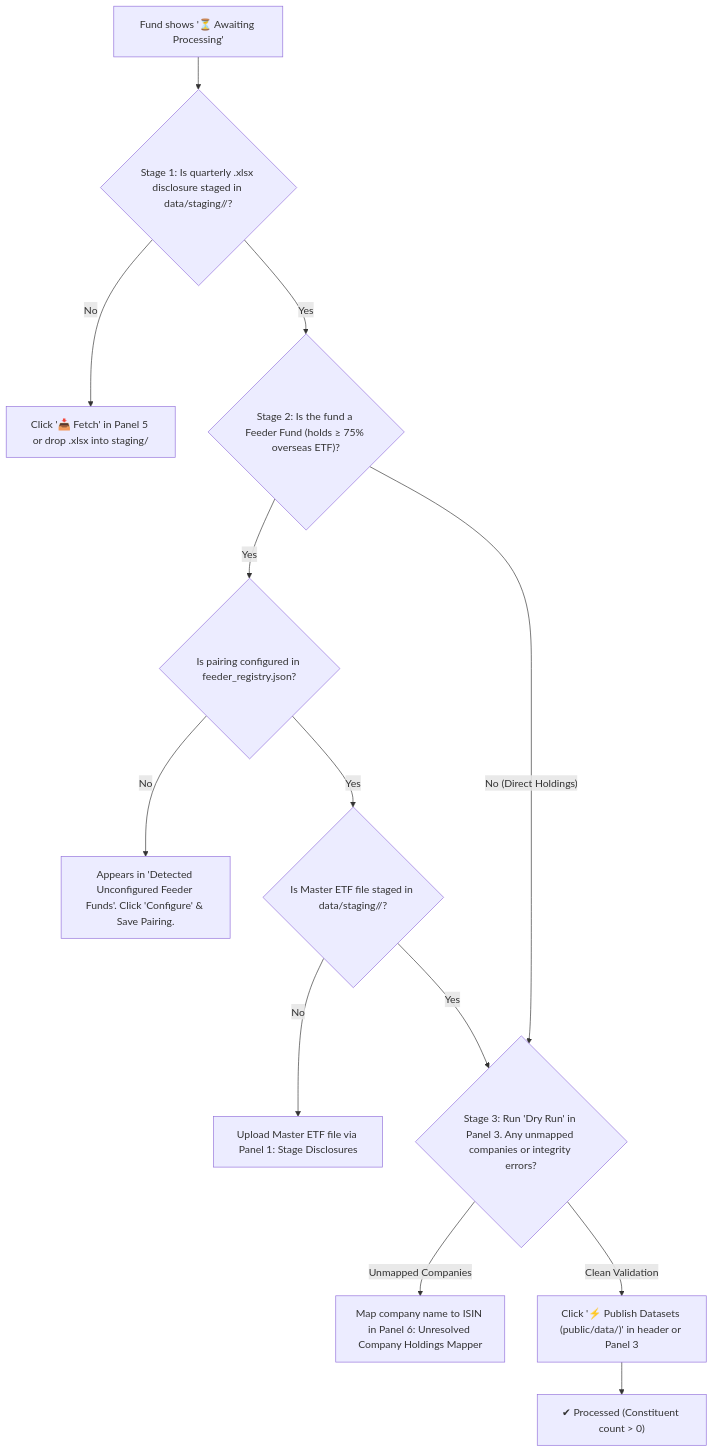
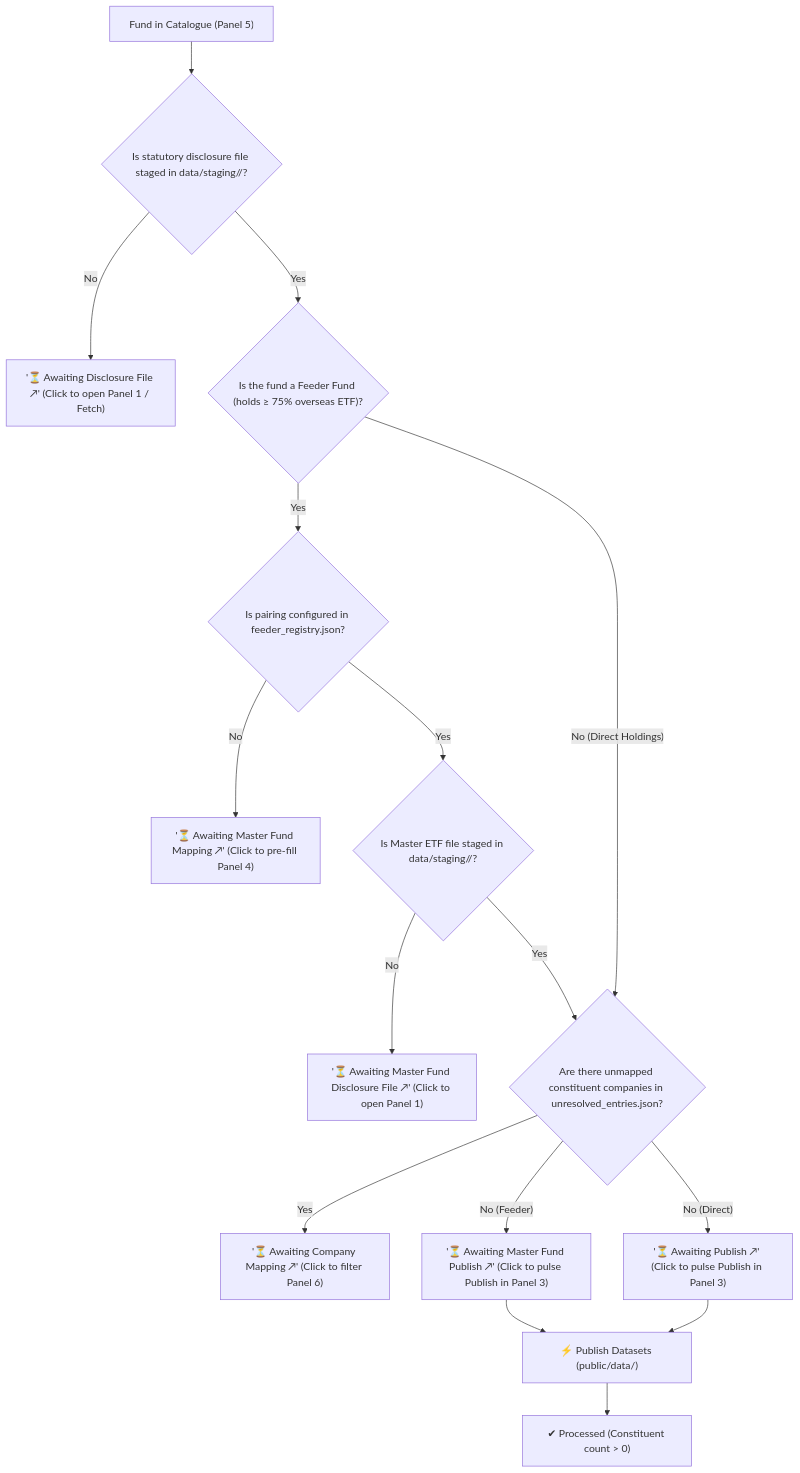
Before and after one commit to SusanJaneNZ/kiwi-portfolio-xray: the first of 2 diagrams in docs/ADMIN_GUIDE.md, drawn with Mermaid. The commit also changed other lines of this file and 3 other files, not shown here.

````diff
--- a/docs/ADMIN_GUIDE.md
+++ b/docs/ADMIN_GUIDE.md
@@ -143,15 +150,17 @@
 ```mermaid
 flowchart TD
-    Start["Fund shows '⏳ Awaiting Processing'"] --> Check1{"Stage 1: Is quarterly .xlsx disclosure staged in data/staging/<manager>/?"}
-    Check1 -- "No" --> Action1["Click '📥 Fetch' in Panel 5 or drop .xlsx into staging/"]
-    Check1 -- "Yes" --> Check2{"Stage 2: Is the fund a Feeder Fund (holds ≥ 75% overseas ETF)?"}
-    Check2 -- "Yes" --> CheckPair{"Is pairing configured in feeder_registry.json?"}
-    CheckPair -- "No" --> ActionPair["Appears in 'Detected Unconfigured Feeder Funds'. Click 'Configure' & Save Pairing."]
-    CheckPair -- "Yes" --> CheckMaster{"Is Master ETF file staged in data/staging/<master_provider>/?"}
-    CheckMaster -- "No" --> ActionMaster["Upload Master ETF file via Panel 1: Stage Disclosures"]
-    CheckMaster -- "Yes" --> Check3
-    Check2 -- "No (Direct Holdings)" --> Check3{"Stage 3: Run 'Dry Run' in Panel 3. Any unmapped companies or integrity errors?"}
-    Check3 -- "Unmapped Companies" --> ActionAlias["Map company name to ISIN in Panel 6: Unresolved Company Holdings Mapper"]
-    Check3 -- "Clean Validation" --> ActionCompile["Click '⚡ Publish Datasets (public/data/)' in header or Panel 3"]
+    Start["Fund in Catalogue (Panel 5)"] --> CheckFile{"Is statutory disclosure file staged in data/staging/<manager>/?"}
+    CheckFile -- "No" --> Badge1["'⏳ Awaiting Disclosure File ↗' (Click to open Panel 1 / Fetch)"]
+    CheckFile -- "Yes" --> CheckFeeder{"Is the fund a Feeder Fund (holds ≥ 75% overseas ETF)?"}
+    CheckFeeder -- "Yes" --> CheckPair{"Is pairing configured in feeder_registry.json?"}
+    CheckPair -- "No" --> Badge2["'⏳ Awaiting Master Fund Mapping ↗' (Click to pre-fill Panel 4)"]
+    CheckPair -- "Yes" --> CheckMasterFile{"Is Master ETF file staged in data/staging/<master_provider>/?"}
+    CheckMasterFile -- "No" --> Badge3["'⏳ Awaiting Master Fund Disclosure File ↗' (Click to open Panel 1)"]
+    CheckMasterFile -- "Yes" --> CheckUnresolved
+    CheckFeeder -- "No (Direct Holdings)" --> CheckUnresolved{"Are there unmapped constituent companies in unresolved_entries.json?"}
+    CheckUnresolved -- "Yes" --> Badge4["'⏳ Awaiting Company Mapping ↗' (Click to filter Panel 6)"]
+    CheckUnresolved -- "No (Feeder)" --> Badge5["'⏳ Awaiting Master Fund Publish ↗' (Click to pulse Publish in Panel 3)"]
+    CheckUnresolved -- "No (Direct)" --> Badge6["'⏳ Awaiting Publish ↗' (Click to pulse Publish in Panel 3)"]
+    Badge5 & Badge6 --> ActionCompile["⚡ Publish Datasets (public/data/)"]
     ActionCompile --> Done["✔ Processed (Constituent count > 0)"]
 ```
````
